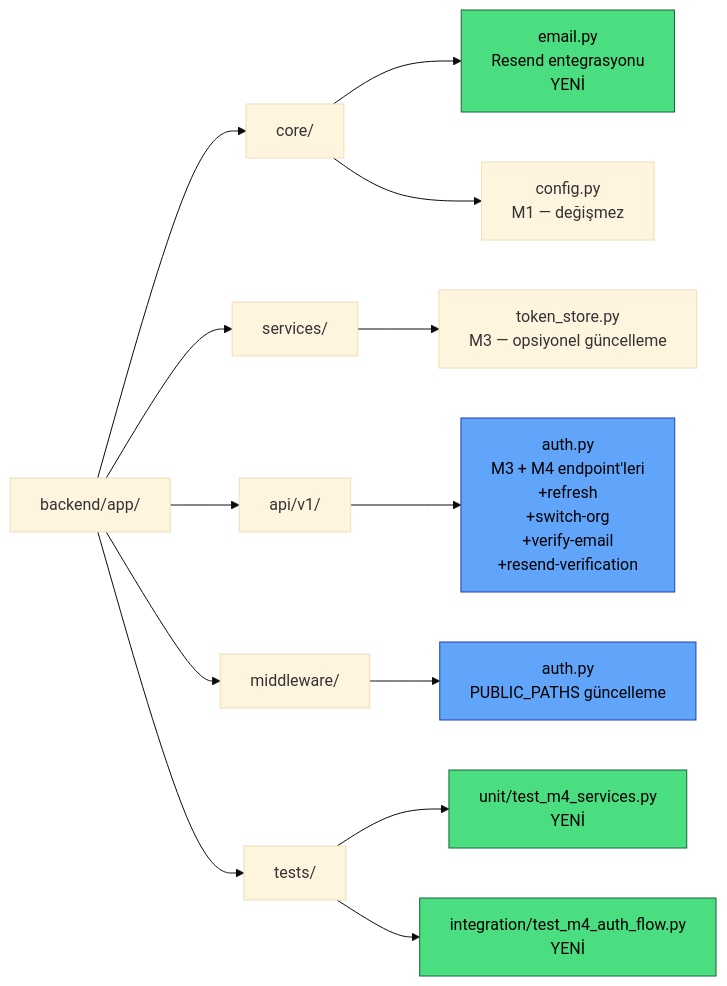
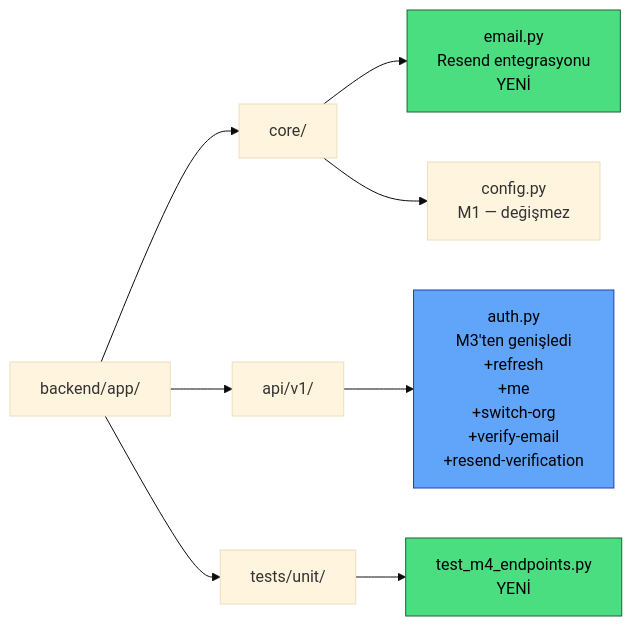
One commit to kutluhaan/AI-Agent-Observatory-House changed the sixth of 6 diagrams in docs/diagrams/mermaid-codes/M4-diagrams.md. Above: the diagram before and after it, drawn with Mermaid (base theme). The commit also changed other lines of this file, not shown here.

Commit message:
Refactor M4 diagrams and update authentication flow documentation. Simplify token handling responses and clarify organization member checks in the GET /auth/me flow. Enhance sequence diagrams for better understanding of authentication processes.

````diff
--- a/docs/diagrams/mermaid-codes/M4-diagrams.md
+++ b/docs/diagrams/mermaid-codes/M4-diagrams.md
@@ -170,28 +163,19 @@
 ```mermaid
 graph LR
     ROOT["backend/app/"]
 
     ROOT --> CORE["core/"]
-    ROOT --> SVC["services/"]
     ROOT --> API["api/v1/"]
-    ROOT --> MW["middleware/"]
-    ROOT --> TESTS["tests/"]
+    ROOT --> TESTS["tests/unit/"]
 
     CORE --> EMAIL["email.py\nResend entegrasyonu\nYENİ"]
     CORE --> CFG["config.py\nM1 — değişmez"]
 
-    SVC --> TS["token_store.py\nM3 — opsiyonel güncelleme"]
+    API --> AUTH["auth.py\nM3'ten genişledi\n+refresh\n+me\n+switch-org\n+verify-email\n+resend-verification"]
 
-    API --> AUTH["auth.py\nM3 + M4 endpoint'leri\n+refresh\n+switch-org\n+verify-email\n+resend-verification"]
-
-    MW --> AM["auth.py\nPUBLIC_PATHS güncelleme"]
-
-    TESTS --> TU["unit/test_m4_services.py\nYENİ"]
-    TESTS --> TI["integration/test_m4_auth_flow.py\nYENİ"]
+    TESTS --> TM4["test_m4_endpoints.py\nYENİ"]
 
     style EMAIL fill:#4ade80,stroke:#166534,color:#000
-    style TU fill:#4ade80,stroke:#166534,color:#000
-    style TI fill:#4ade80,stroke:#166534,color:#000
+    style TM4 fill:#4ade80,stroke:#166534,color:#000
     style AUTH fill:#60a5fa,stroke:#1e40af,color:#000
-    style AM fill:#60a5fa,stroke:#1e40af,color:#000
 ```
````
